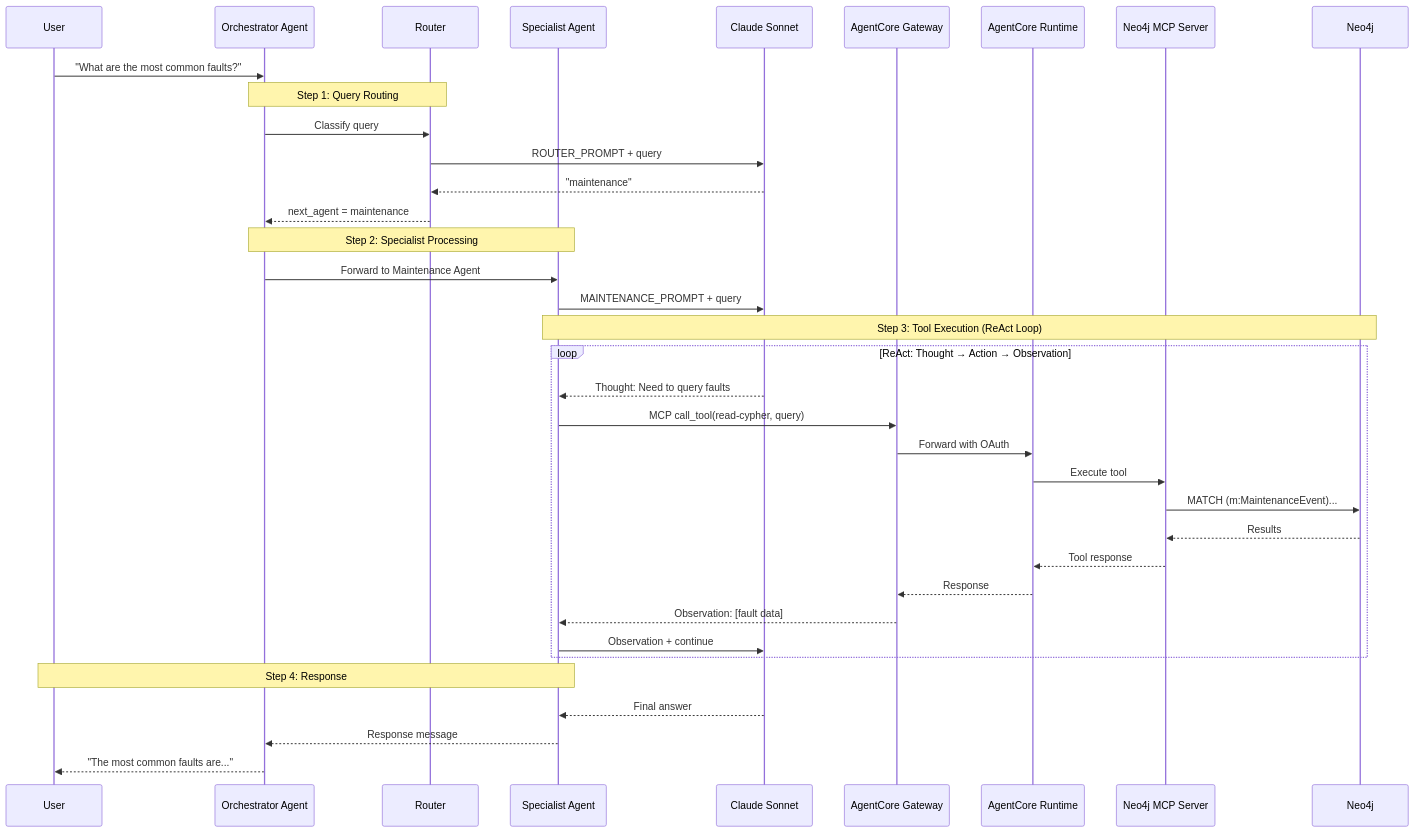
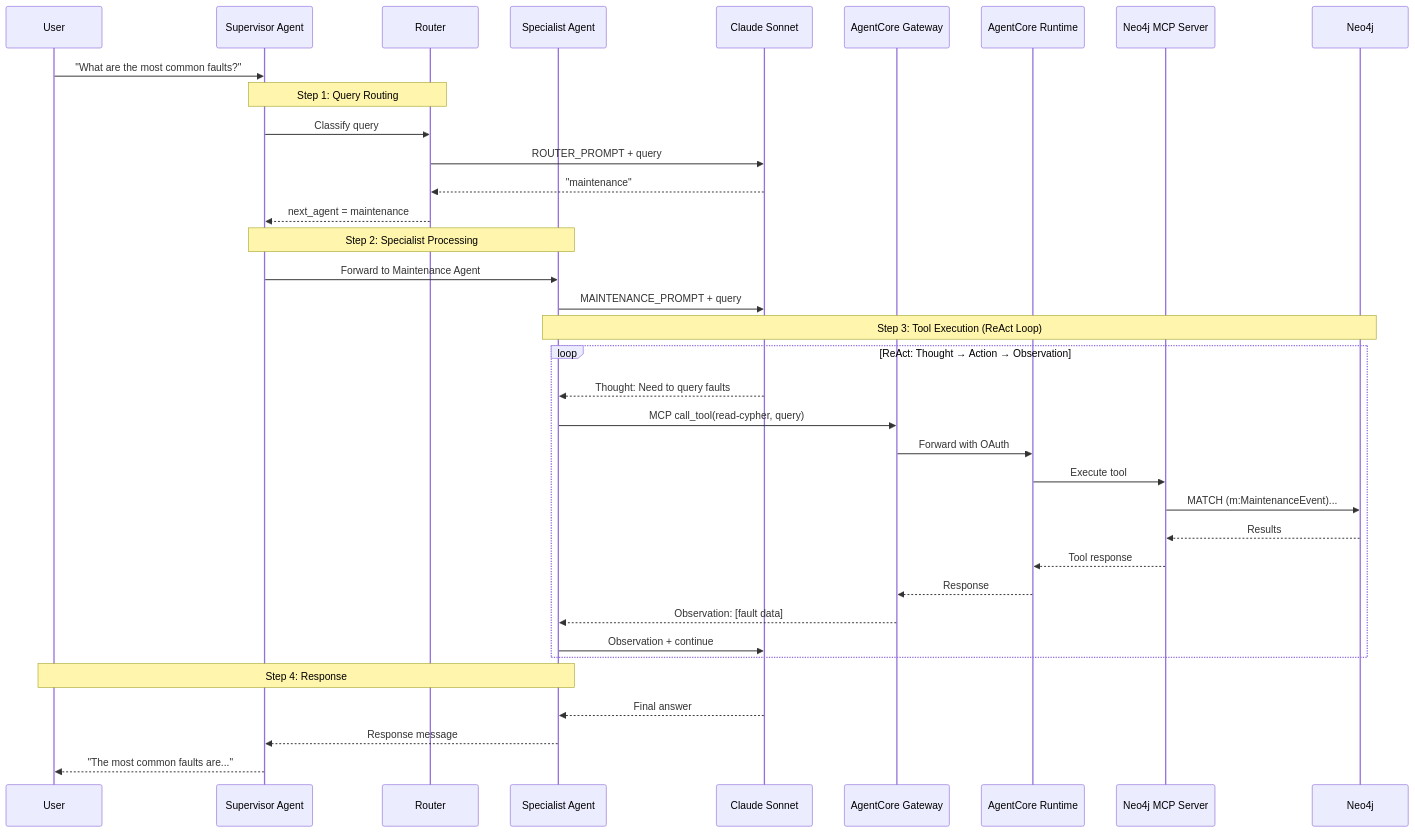
The tenth of 10 diagrams in docs/ARCHITECTURE.md (neo4j-partners/aws-starter), drawn with Mermaid before and after one commit. The commit also changed other lines of this file and 47 other files, not shown here.

````diff
--- a/docs/ARCHITECTURE.md
+++ b/docs/ARCHITECTURE.md
@@ -559,43 +559,43 @@
 ```mermaid
 sequenceDiagram
     participant User
-    participant Agent as Orchestrator Agent
+    participant Agent as Supervisor Agent
     participant Router
     participant Worker as Specialist Agent
     participant LLM as Claude Sonnet
     participant Gateway as AgentCore Gateway
     participant Runtime as AgentCore Runtime
     participant MCP as Neo4j MCP Server
     participant Neo4j
 
     User->>Agent: "What are the most common faults?"
 
     Note over Agent,Router: Step 1: Query Routing
     Agent->>Router: Classify query
     Router->>LLM: ROUTER_PROMPT + query
     LLM-->>Router: "maintenance"
     Router-->>Agent: next_agent = maintenance
 
     Note over Agent,Worker: Step 2: Specialist Processing
     Agent->>Worker: Forward to Maintenance Agent
     Worker->>LLM: MAINTENANCE_PROMPT + query
 
     Note over Worker,Neo4j: Step 3: Tool Execution (ReAct Loop)
     loop ReAct: Thought → Action → Observation
         LLM-->>Worker: Thought: Need to query faults
         Worker->>Gateway: MCP call_tool(read-cypher, query)
         Gateway->>Runtime: Forward with OAuth
         Runtime->>MCP: Execute tool
         MCP->>Neo4j: MATCH (m:MaintenanceEvent)...
         Neo4j-->>MCP: Results
         MCP-->>Runtime: Tool response
         Runtime-->>Gateway: Response
         Gateway-->>Worker: Observation: [fault data]
         Worker->>LLM: Observation + continue
     end
 
     Note over Worker,User: Step 4: Response
     LLM-->>Worker: Final answer
     Worker-->>Agent: Response message
     Agent-->>User: "The most common faults are..."
 ```
````
